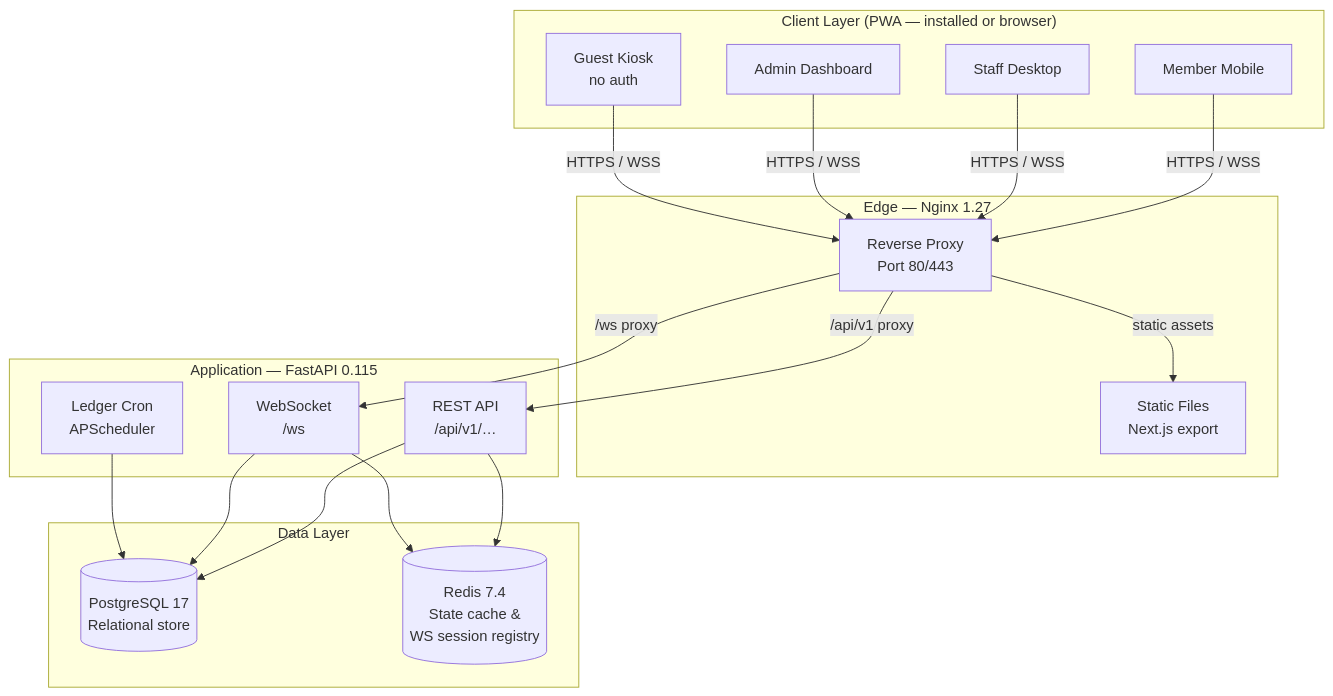
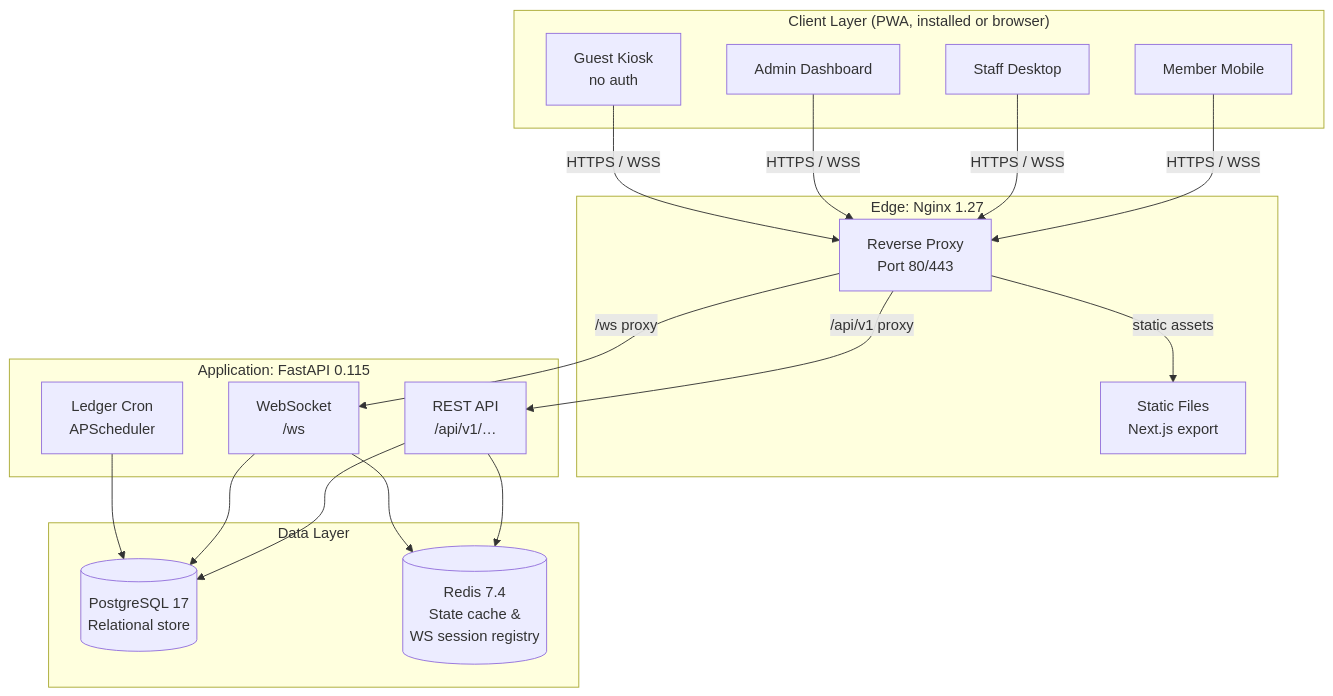
Before and after one commit to Life-Experimentalist/Chronos-Ledger: the first of 5 diagrams in docs/architecture.md, drawn with Mermaid. The commit also changed other lines of this file and 51 other files, not shown here.

````diff
--- a/docs/architecture.md
+++ b/docs/architecture.md
@@ -7,32 +7,32 @@
 ```mermaid
 graph TB
-    subgraph Clients["Client Layer (PWA — installed or browser)"]
+    subgraph Clients["Client Layer (PWA, installed or browser)"]
         S[Member Mobile]
         F[Staff Desktop]
         A[Admin Dashboard]
         G[Guest Kiosk<br/>no auth]
     end
 
-    subgraph Edge["Edge — Nginx 1.27"]
+    subgraph Edge["Edge: Nginx 1.27"]
         NX[Reverse Proxy<br/>Port 80/443]
         ST[Static Files<br/>Next.js export]
     end
 
-    subgraph App["Application — FastAPI 0.115"]
+    subgraph App["Application: FastAPI 0.115"]
         API[REST API<br/>/api/v1/…]
         WS[WebSocket<br/>/ws]
         CRON[Ledger Cron<br/>APScheduler]
     end
 
     subgraph Data["Data Layer"]
         PG[(PostgreSQL 17<br/>Relational store)]
         RD[(Redis 7.4<br/>State cache &amp;<br/>WS session registry)]
     end
 
     S & F & A & G -->|HTTPS / WSS| NX
     NX -->|static assets| ST
     NX -->|/api/v1 proxy| API
     NX -->|/ws proxy| WS
     API & WS & CRON --> PG
     API & WS --> RD
 ```
````
